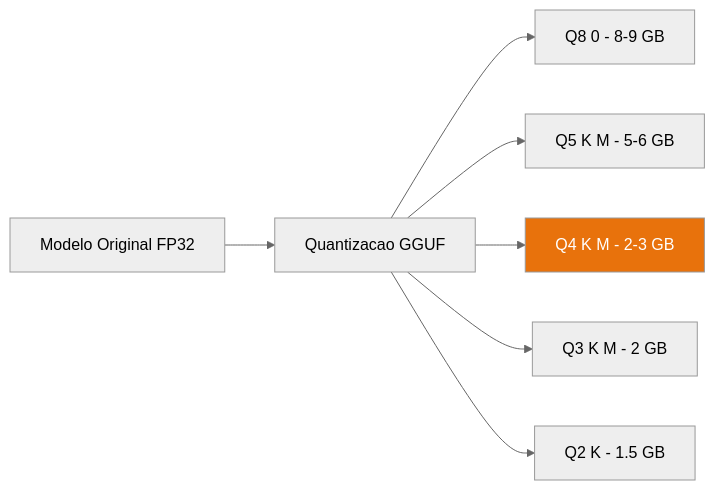
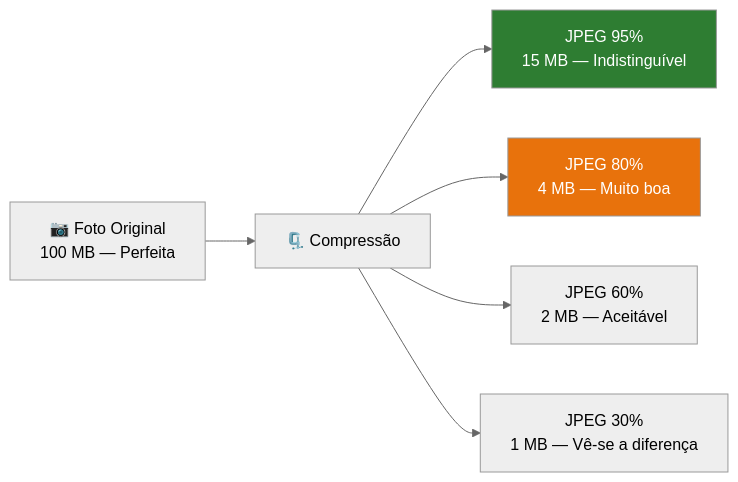
One commit to icpmtech/empresaiq-ebook changed the diagram in docs/05-gguf-quantizacao.md. Above: the diagram before and after it, drawn with Mermaid (neutral theme). The commit also changed other lines of this file and 24 other files, not shown here.

````diff
--- a/docs/05-gguf-quantizacao.md
+++ b/docs/05-gguf-quantizacao.md
@@ -9,10 +67,10 @@
 ```mermaid
 graph LR
-    A[Modelo Original FP32] --> B[Quantizacao GGUF]
-    B --> C[Q8 0 - 8-9 GB]
-    B --> D[Q5 K M - 5-6 GB]
-    B --> E[Q4 K M - 2-3 GB]
-    B --> F[Q3 K M - 2 GB]
-    B --> G[Q2 K - 1.5 GB]
-    style E fill:#E8720C,color:#fff
+    A["📷 Foto Original\n100 MB — Perfeita"] --> B["🗜️ Compressão"]
+    B --> C["JPEG 95%\n15 MB — Indistinguível"]
+    B --> D["JPEG 80%\n4 MB — Muito boa"]
+    B --> E["JPEG 60%\n2 MB — Aceitável"]
+    B --> F["JPEG 30%\n1 MB — Vê-se a diferença"]
+    style C fill:#2e7d32,color:#fff
+    style D fill:#E8720C,color:#fff
 ```
````
